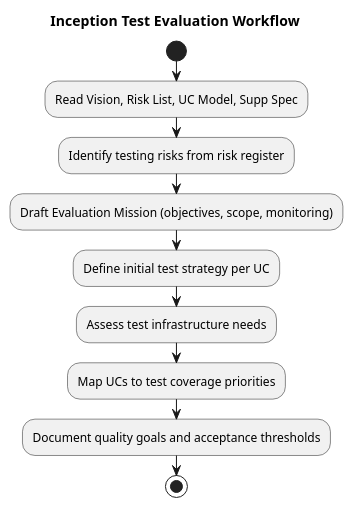
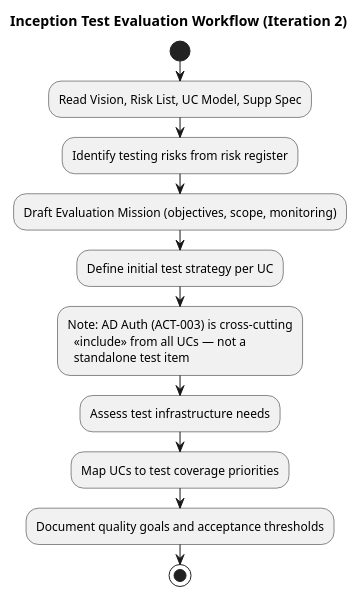
Before and after one commit to banense-test/demo-janke-lab: the first of 2 diagrams in docs/artifacts/test/test-evaluation-summary.md, drawn with PlantUML. The commit also changed other lines of this file, not shown here.

First line of the commit message:
Test Manager [I2]: upsert Test Evaluation Summary

````diff
--- a/docs/artifacts/test/test-evaluation-summary.md
+++ b/docs/artifacts/test/test-evaluation-summary.md
@@ -28,16 +30,19 @@
 ```plantuml
 @startuml
-title Inception Test Evaluation Workflow
+title Inception Test Evaluation Workflow (Iteration 2)
 
 start
 :Read Vision, Risk List, UC Model, Supp Spec;
 :Identify testing risks from risk register;
 :Draft Evaluation Mission (objectives, scope, monitoring);
 :Define initial test strategy per UC;
+:Note: AD Auth (ACT-003) is cross-cutting
+  <<include>> from all UCs — not a
+  standalone test item;
 :Assess test infrastructure needs;
 :Map UCs to test coverage priorities;
 :Document quality goals and acceptance thresholds;
 stop
 
 @enduml
 ```
````
